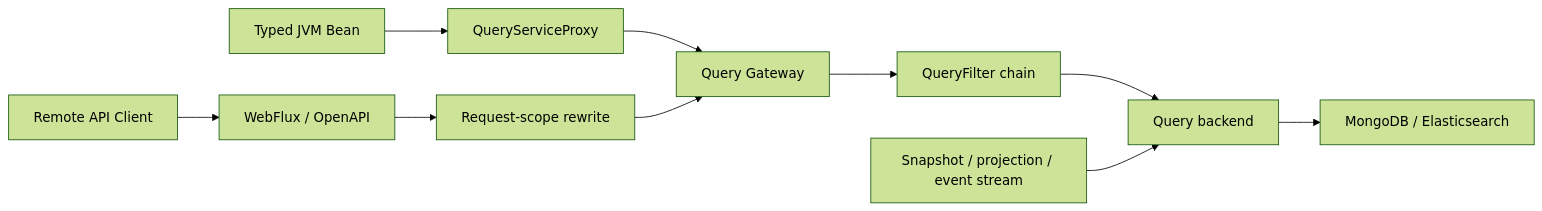
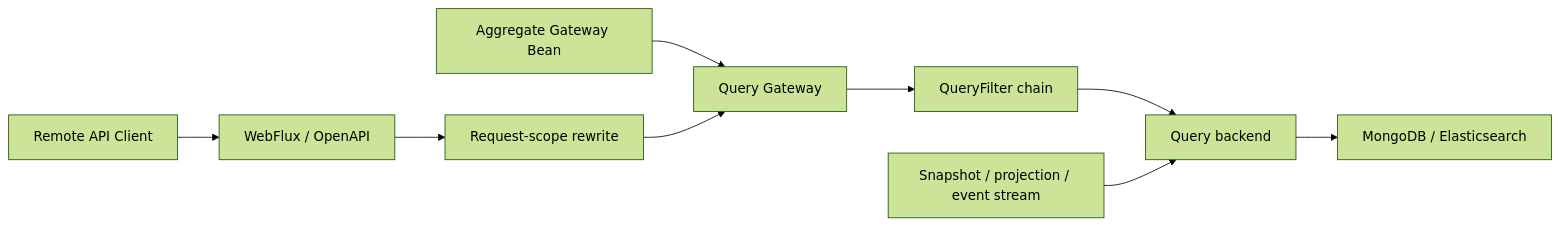
Before and after one commit to Ahoo-Wang/Wow: the diagram in documentation/docs/en/guide/query.md, drawn with Mermaid (forest theme). The commit also changed other lines of this file and 248 other files, not shown here.

First line of the commit message:
refactor(query): introduce V9 query gateway backends (#3095)

````diff
--- a/documentation/docs/en/guide/query.md
+++ b/documentation/docs/en/guide/query.md
@@ -33,12 +33,11 @@
 ```mermaid
 flowchart LR
-    Local["Typed JVM Bean"] --> Proxy["QueryServiceProxy"]
+    Local["Aggregate Gateway Bean"] --> Gateway["Query Gateway"]
     Client["Remote API Client"] --> HTTP["WebFlux / OpenAPI"]
     HTTP --> Rewrite["Request-scope rewrite"]
-    Proxy --> Gateway["Query Gateway"]
     Rewrite --> Gateway
     Gateway --> Filters["QueryFilter chain"]
     Filters --> Backend["Query backend"]
     Models["Snapshot / projection / event stream"] --> Backend
     Backend --> Storage["MongoDB / Elasticsearch"]
 ```
````
